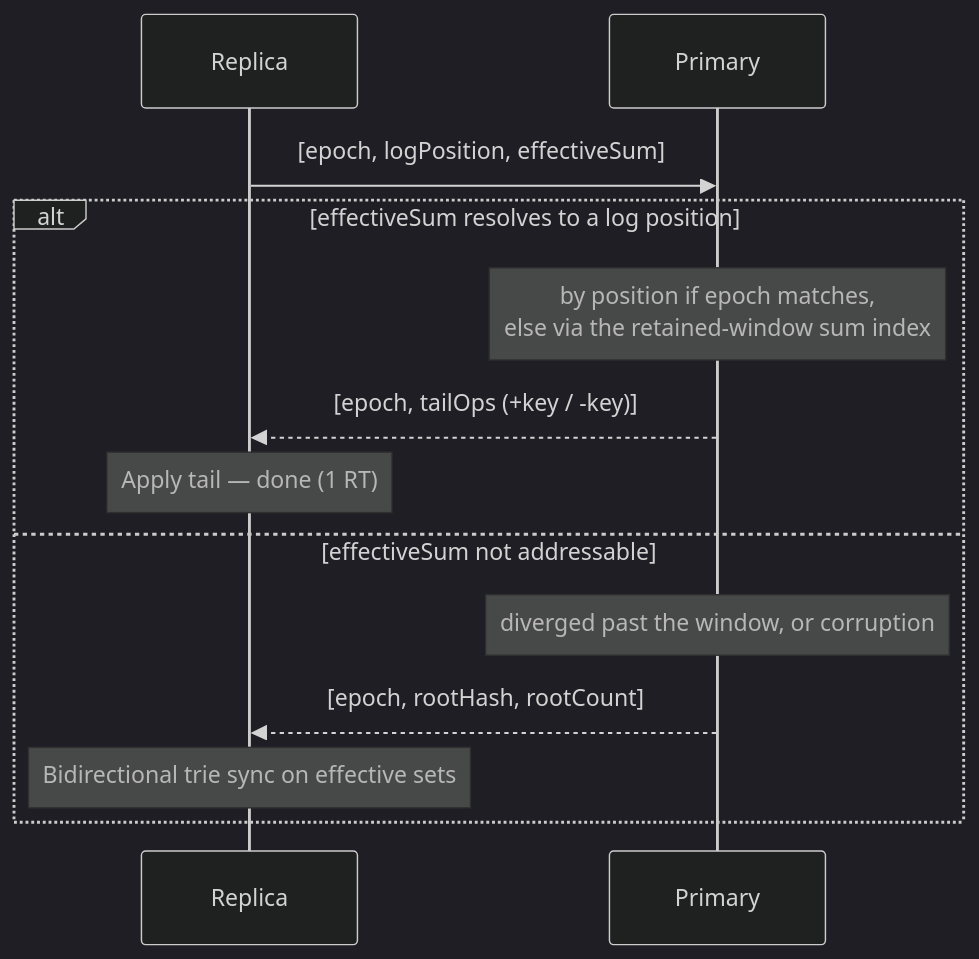
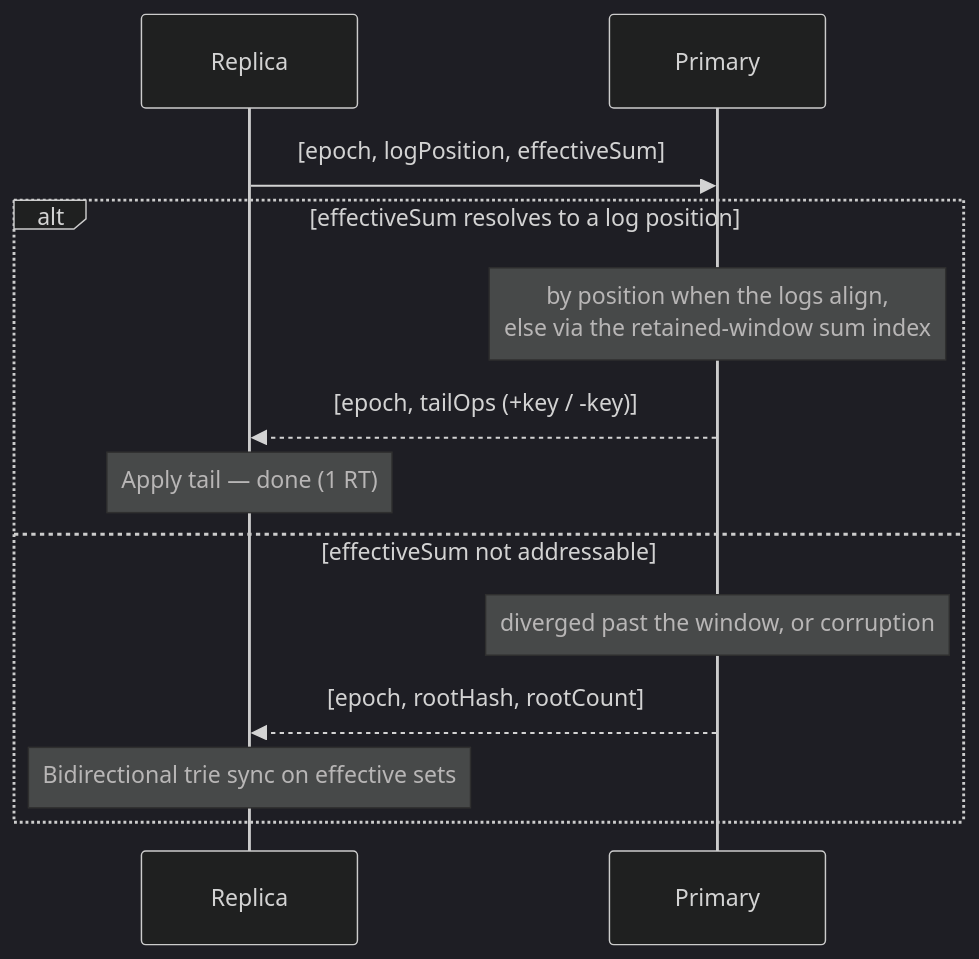
The first of 2 diagrams in SetSum/Sync/README.md (arj03/setsum-cs), drawn with Mermaid (dark theme) before and after one commit. The commit also changed other lines of this file, not shown here.

````diff
--- a/SetSum/Sync/README.md
+++ b/SetSum/Sync/README.md
@@ -51,17 +51,17 @@
 ```mermaid
 sequenceDiagram
     participant R as Replica
     participant P as Primary
 
     R->>P: [epoch, logPosition, effectiveSum]
 
     alt effectiveSum resolves to a log position
-        Note over P: by position if epoch matches,<br/>else via the retained-window sum index
+        Note over P: by position when the logs align,<br/>else via the retained-window sum index
         P-->>R: [epoch, tailOps (+key / -key)]
         Note over R: Apply tail — done (1 RT)
     else effectiveSum not addressable
         Note over P: diverged past the window, or corruption
         P-->>R: [epoch, rootHash, rootCount]
         Note over R: Bidirectional trie sync on effective sets
     end
 ```
````
